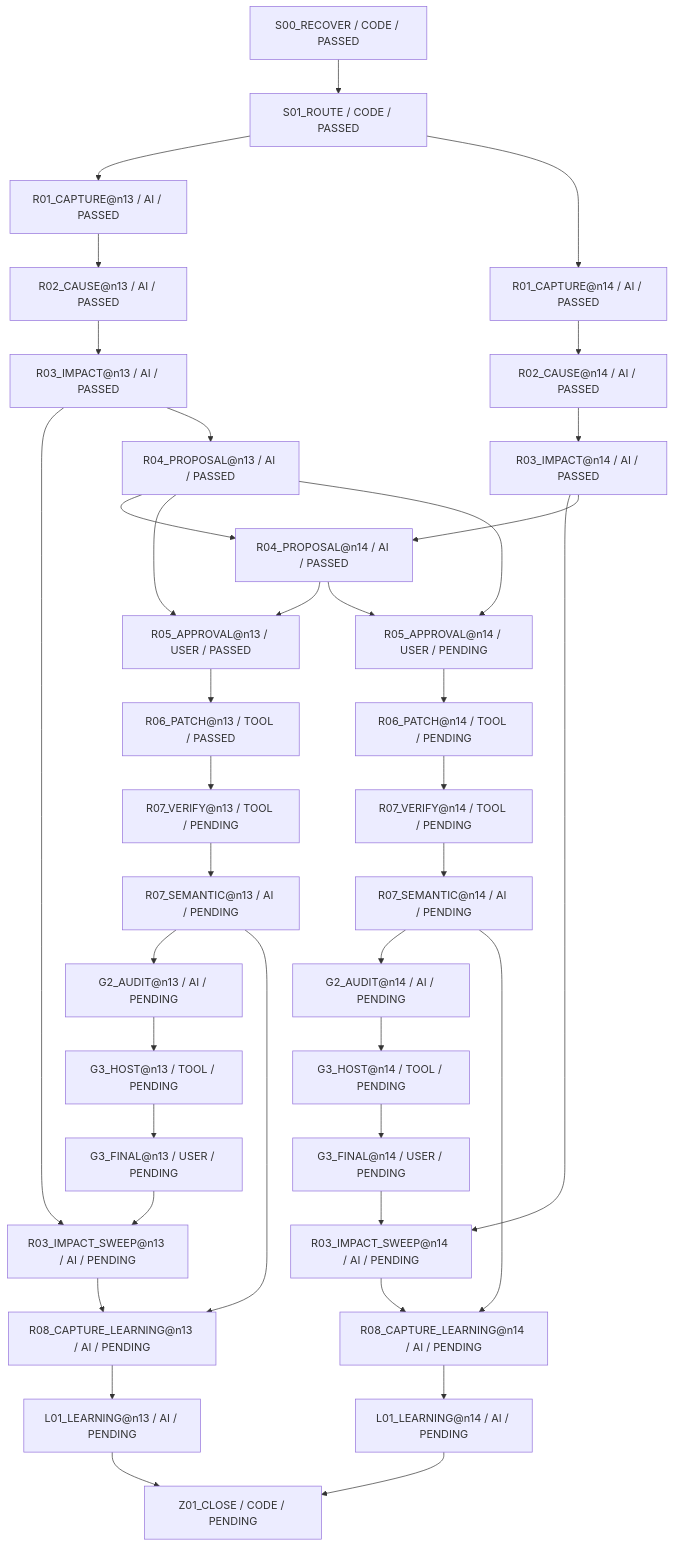
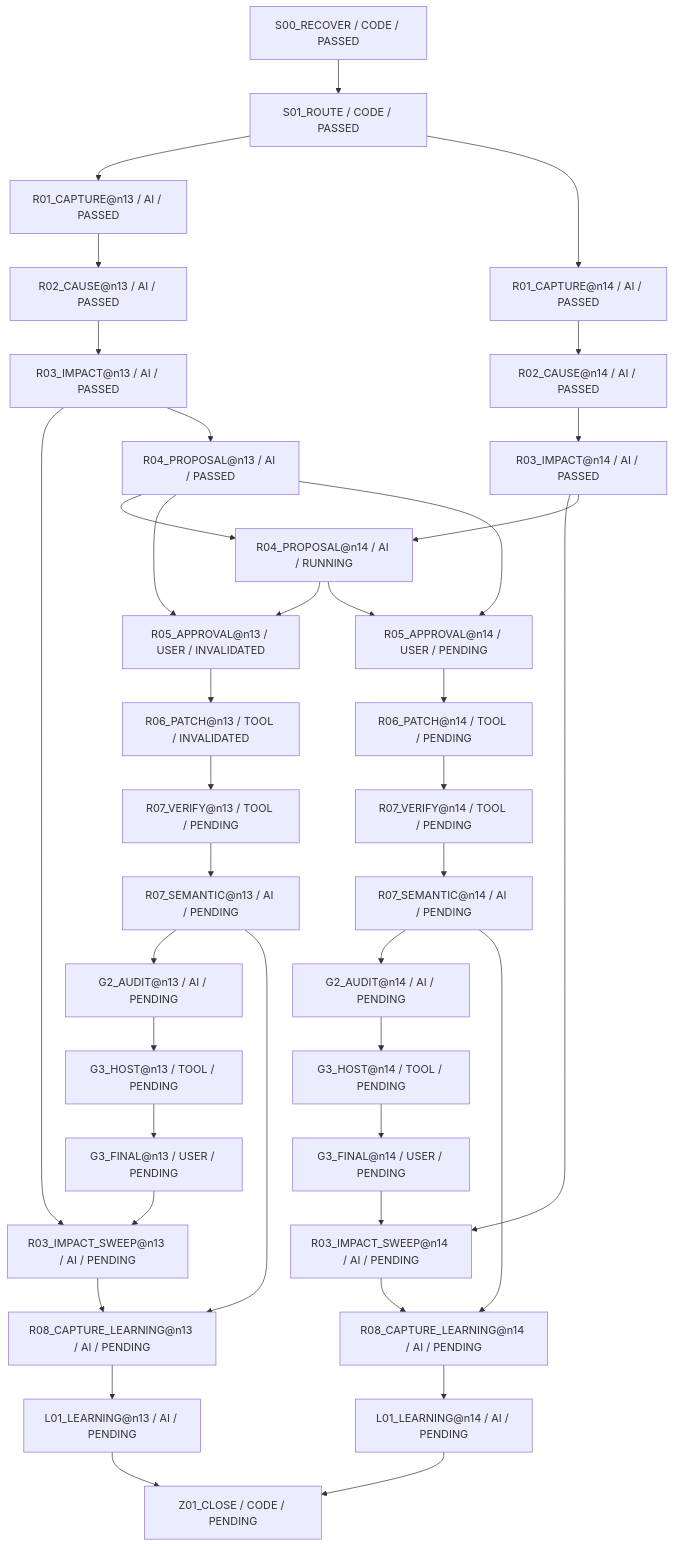
One commit to rrikunagasige-dot/kyotsu-step-web changed the diagram in work/items/W-MATH-048-n1314-source-audit/generated/BLOCK_FIRE_DIAGRAM.md. Above: the diagram before and after it, drawn with Mermaid. The commit also changed other lines of this file and 357 other files, not shown here.

````diff
--- a/work/items/W-MATH-048-n1314-source-audit/generated/BLOCK_FIRE_DIAGRAM.md
+++ b/work/items/W-MATH-048-n1314-source-audit/generated/BLOCK_FIRE_DIAGRAM.md
@@ -5,72 +5,72 @@
 ```mermaid
 flowchart TD
   N0["S00_RECOVER / CODE / PASSED"]
   N1["S01_ROUTE / CODE / PASSED"]
   N2["R01_CAPTURE@n13 / AI / PASSED"]
   N3["R02_CAUSE@n13 / AI / PASSED"]
   N4["R03_IMPACT@n13 / AI / PASSED"]
   N5["R04_PROPOSAL@n13 / AI / PASSED"]
-  N6["R05_APPROVAL@n13 / USER / PASSED"]
-  N7["R06_PATCH@n13 / TOOL / PASSED"]
+  N6["R05_APPROVAL@n13 / USER / INVALIDATED"]
+  N7["R06_PATCH@n13 / TOOL / INVALIDATED"]
   N8["R07_VERIFY@n13 / TOOL / PENDING"]
   N9["R07_SEMANTIC@n13 / AI / PENDING"]
   N10["R01_CAPTURE@n14 / AI / PASSED"]
   N11["R02_CAUSE@n14 / AI / PASSED"]
   N12["R03_IMPACT@n14 / AI / PASSED"]
-  N13["R04_PROPOSAL@n14 / AI / PASSED"]
+  N13["R04_PROPOSAL@n14 / AI / RUNNING"]
   N14["R05_APPROVAL@n14 / USER / PENDING"]
   N15["R06_PATCH@n14 / TOOL / PENDING"]
   N16["R07_VERIFY@n14 / TOOL / PENDING"]
   N17["R07_SEMANTIC@n14 / AI / PENDING"]
   N18["G2_AUDIT@n13 / AI / PENDING"]
   N19["G3_HOST@n13 / TOOL / PENDING"]
   N20["G3_FINAL@n13 / USER / PENDING"]
   N21["R03_IMPACT_SWEEP@n13 / AI / PENDING"]
   N22["R08_CAPTURE_LEARNING@n13 / AI / PENDING"]
   N23["L01_LEARNING@n13 / AI / PENDING"]
   N24["G2_AUDIT@n14 / AI / PENDING"]
   N25["G3_HOST@n14 / TOOL / PENDING"]
   N26["G3_FINAL@n14 / USER / PENDING"]
   N27["R03_IMPACT_SWEEP@n14 / AI / PENDING"]
   N28["R08_CAPTURE_LEARNING@n14 / AI / PENDING"]
   N29["L01_LEARNING@n14 / AI / PENDING"]
   N30["Z01_CLOSE / CODE / PENDING"]
   N18 --> N19
   N24 --> N25
   N20 --> N21
   N26 --> N27
   N19 --> N20
   N25 --> N26
   N23 --> N30
   N29 --> N30
   N2 --> N3
   N10 --> N11
   N3 --> N4
   N11 --> N12
   N4 --> N21
   N4 --> N5
   N12 --> N27
   N12 --> N13
   N21 --> N22
   N27 --> N28
   N5 --> N13
   N5 --> N6
   N5 --> N14
   N13 --> N6
   N13 --> N14
   N6 --> N7
   N14 --> N15
   N7 --> N8
   N15 --> N16
   N9 --> N18
   N9 --> N22
   N17 --> N24
   N17 --> N28
   N8 --> N9
   N16 --> N17
   N22 --> N23
   N28 --> N29
   N0 --> N1
   N1 --> N2
   N1 --> N10
 ```
````
